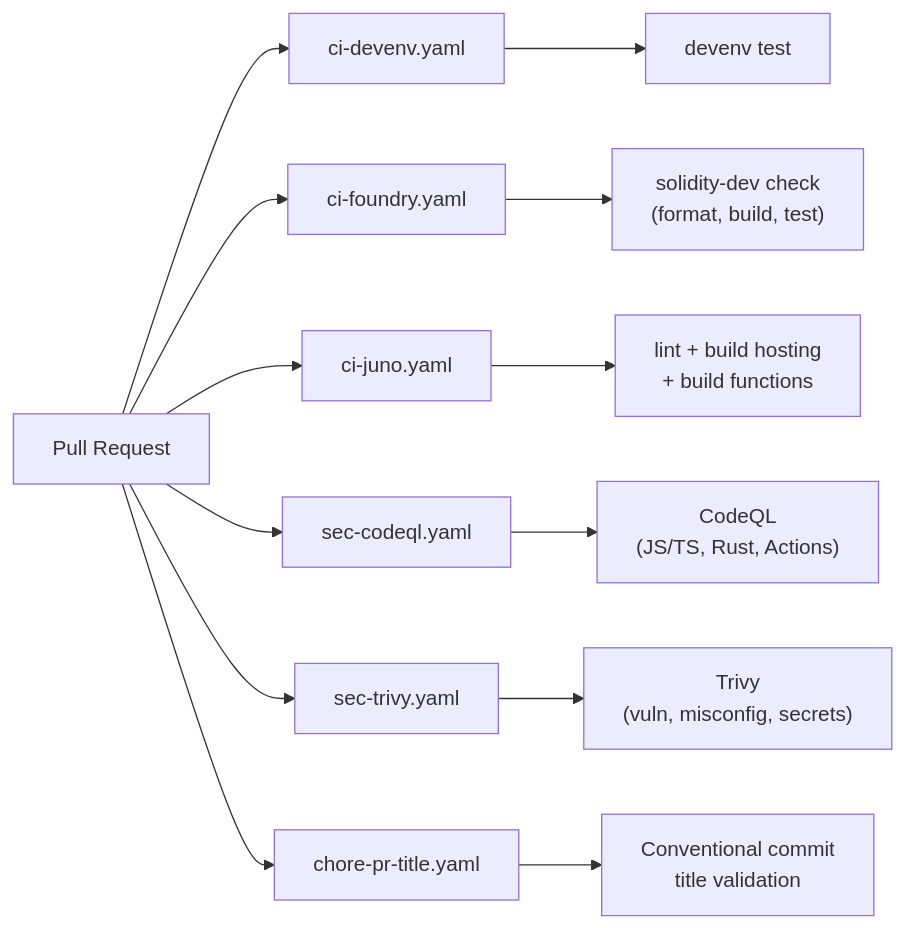
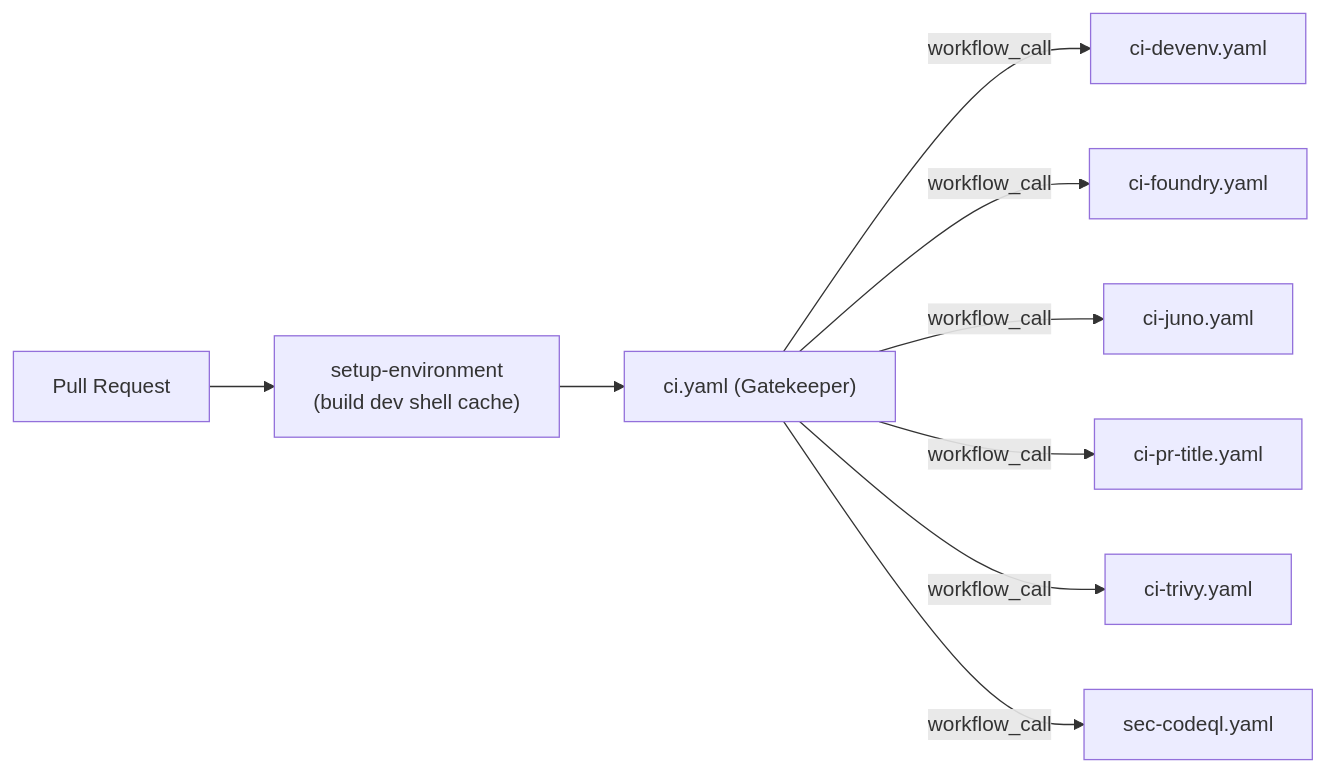
The fourth of 4 diagrams in docs/ci-cd.md (tresr-community/tresr-game), drawn with Mermaid before and after one commit. The commit also changed other lines of this file and 17 other files, not shown here.

````diff
--- a/docs/ci-cd.md
+++ b/docs/ci-cd.md
@@ -92,16 +91,12 @@
 ```mermaid
 graph LR
-    PR["Pull Request"] --> CI["ci-devenv.yaml"]
-    PR --> FCI["ci-foundry.yaml"]
-    PR --> JCI["ci-juno.yaml"]
-    PR --> SEC1["sec-codeql.yaml"]
-    PR --> SEC2["sec-trivy.yaml"]
-    PR --> CHK["chore-pr-title.yaml"]
+    PR["Pull Request"] --> SE["setup-environment<br/>(build dev shell cache)"]
+    SE --> CI["ci.yaml (Gatekeeper)"]
 
-    CI --> T1["devenv test"]
-    FCI --> T2["solidity-dev check<br/>(format, build, test)"]
-    JCI --> T3["lint + build hosting<br/>+ build functions"]
-    SEC1 --> T4["CodeQL<br/>(JS/TS, Rust, Actions)"]
-    SEC2 --> T5["Trivy<br/>(vuln, misconfig, secrets)"]
-    CHK --> T6["Conventional commit<br/>title validation"]
+    CI --> |workflow_call| CI_DEVENV["ci-devenv.yaml"]
+    CI --> |workflow_call| CI_FOUNDRY["ci-foundry.yaml"]
+    CI --> |workflow_call| CI_JUNO["ci-juno.yaml"]
+    CI --> |workflow_call| CI_PR_TITLE["ci-pr-title.yaml"]
+    CI --> |workflow_call| CI_TRIVY["ci-trivy.yaml"]
+    CI --> |workflow_call| CI_CODEQL["sec-codeql.yaml"]
 ```
````
